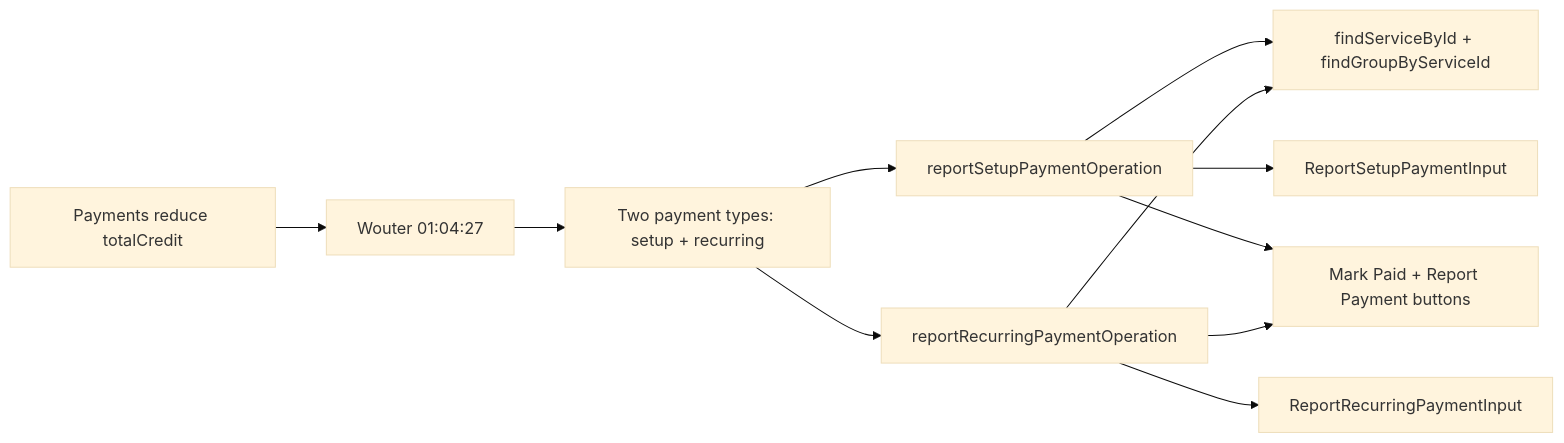
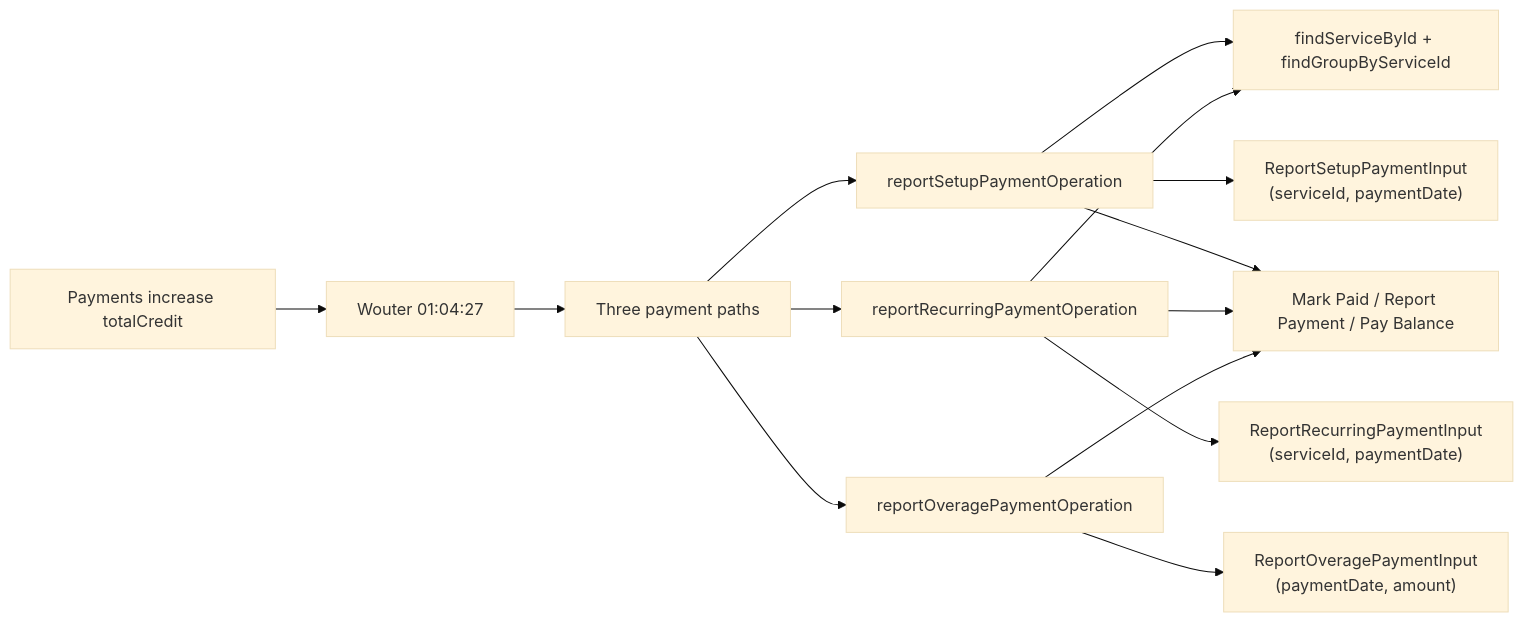
One commit to powerhouse-inc/service-offering changed the diagram in BA_Input/billing-lifecycle-traceability/12-payment-reporting.md. Above: the diagram before and after it, drawn with Mermaid (base theme). The commit also changed other lines of this file and 21 other files, not shown here.

````diff
--- a/BA_Input/billing-lifecycle-traceability/12-payment-reporting.md
+++ b/BA_Input/billing-lifecycle-traceability/12-payment-reporting.md
@@ -5,23 +5,28 @@
 ```mermaid
 flowchart LR
-    RULE["Payments reduce totalCredit"]
+    RULE["Payments increase totalCredit"]
     SRC["Wouter 01:04:27"]
-    DECISION["Two payment types: setup + recurring"]
+    DECISION["Three payment paths"]
     RED1["reportSetupPaymentOperation"]
     RED2["reportRecurringPaymentOperation"]
+    RED3["reportOveragePaymentOperation"]
     UTIL["findServiceById + findGroupByServiceId"]
-    SCHEMA1["ReportSetupPaymentInput"]
-    SCHEMA2["ReportRecurringPaymentInput"]
-    EDITOR["Mark Paid + Report Payment buttons"]
+    SCHEMA1["ReportSetupPaymentInput\n(serviceId, paymentDate)"]
+    SCHEMA2["ReportRecurringPaymentInput\n(serviceId, paymentDate)"]
+    SCHEMA3["ReportOveragePaymentInput\n(paymentDate, amount)"]
+    EDITOR["Mark Paid / Report Payment / Pay Balance"]
 
     RULE --> SRC
     SRC --> DECISION
     DECISION --> RED1
     DECISION --> RED2
+    DECISION --> RED3
     RED1 --> UTIL
     RED2 --> UTIL
     RED1 --> SCHEMA1
     RED2 --> SCHEMA2
+    RED3 --> SCHEMA3
     RED1 --> EDITOR
     RED2 --> EDITOR
+    RED3 --> EDITOR
 ```
````
